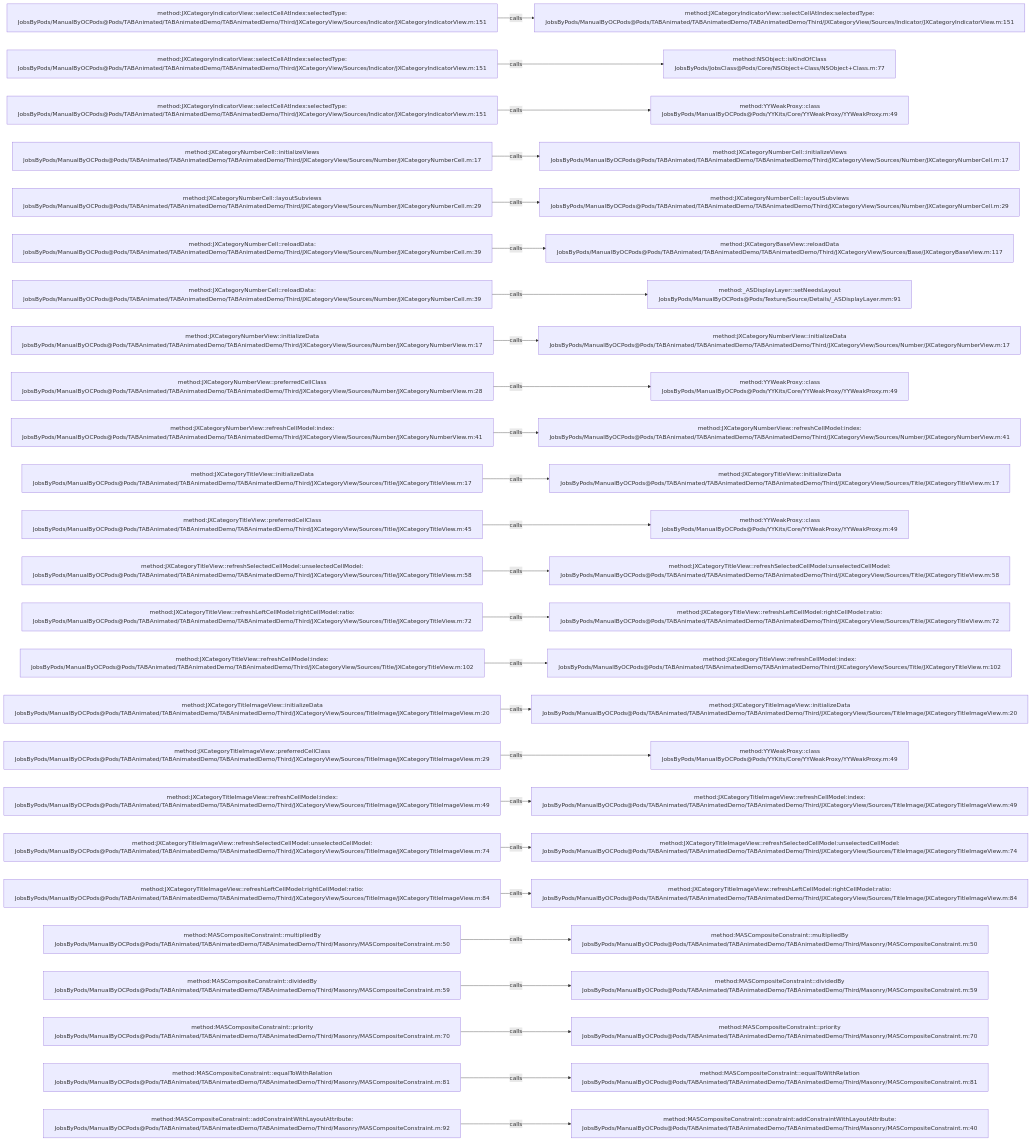
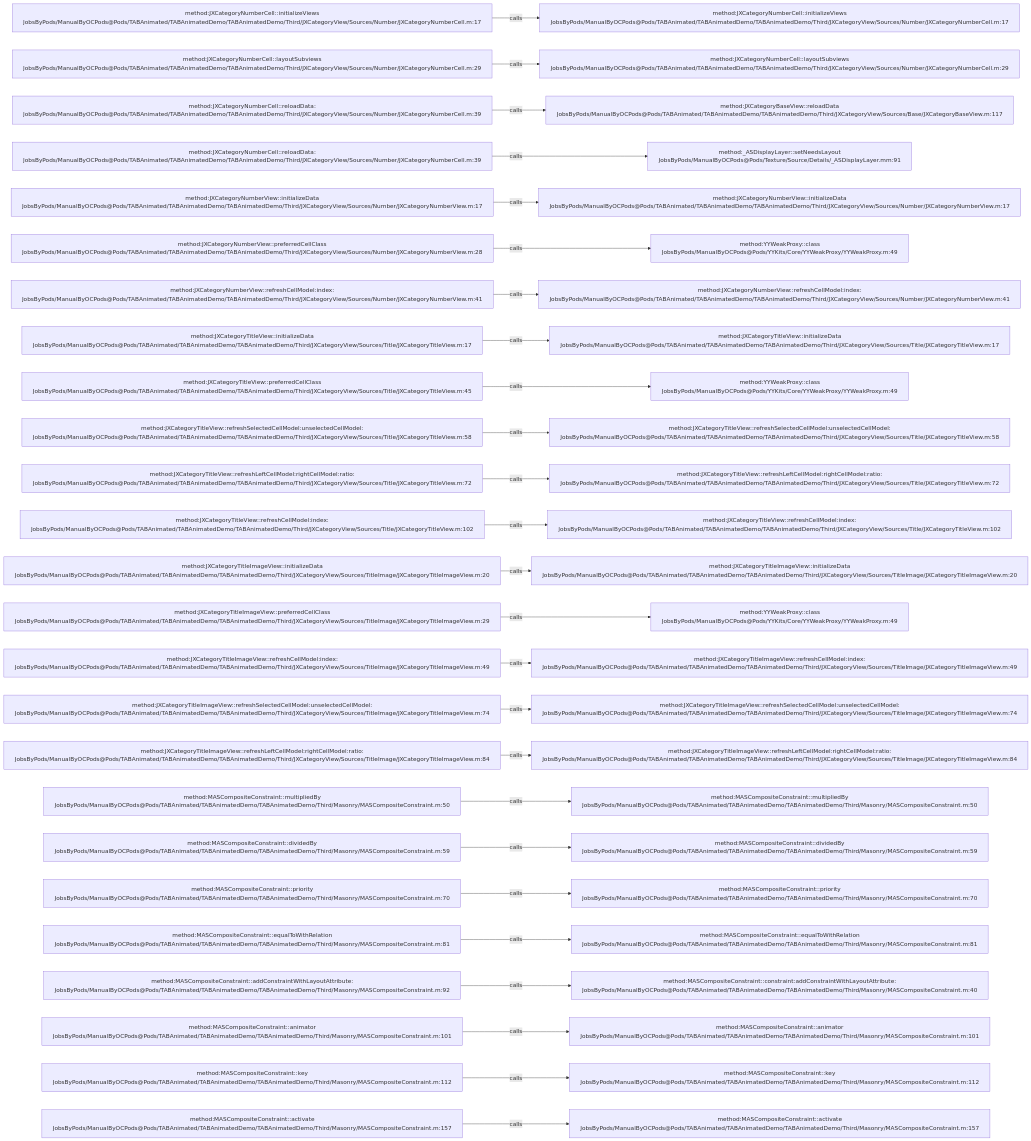
The diagram in .codegraph/codegraph.md/graphs/calls-045.md (JobsKits/JobsOCBaseConfigDemo), drawn with Mermaid before and after one commit. The commit also changed 342 other files, not shown here.

````diff
--- a/.codegraph/codegraph.md/graphs/calls-045.md
+++ b/.codegraph/codegraph.md/graphs/calls-045.md
@@ -13,78 +13,78 @@
 ```mermaid
 flowchart LR
-  S1["method:JXCategoryIndicatorView::selectCellAtIndex:selectedType:<br/>JobsByPods/ManualByOCPods@Pods/TABAnimated/TABAnimatedDemo/TABAnimatedDemo/Third/JXCategoryView/Sources/Indicator/JXCategoryIndicatorView.m:151"]
-  T1["method:JXCategoryIndicatorView::selectCellAtIndex:selectedType:<br/>JobsByPods/ManualByOCPods@Pods/TABAnimated/TABAnimatedDemo/TABAnimatedDemo/Third/JXCategoryView/Sources/Indicator/JXCategoryIndicatorView.m:151"]
+  S1["method:JXCategoryNumberCell::initializeViews<br/>JobsByPods/ManualByOCPods@Pods/TABAnimated/TABAnimatedDemo/TABAnimatedDemo/Third/JXCategoryView/Sources/Number/JXCategoryNumberCell.m:17"]
+  T1["method:JXCategoryNumberCell::initializeViews<br/>JobsByPods/ManualByOCPods@Pods/TABAnimated/TABAnimatedDemo/TABAnimatedDemo/Third/JXCategoryView/Sources/Number/JXCategoryNumberCell.m:17"]
   S1 -->|calls| T1
-  S2["method:JXCategoryIndicatorView::selectCellAtIndex:selectedType:<br/>JobsByPods/ManualByOCPods@Pods/TABAnimated/TABAnimatedDemo/TABAnimatedDemo/Third/JXCategoryView/Sources/Indicator/JXCategoryIndicatorView.m:151"]
-  T2["method:NSObject::isKindOfClass<br/>JobsByPods/JobsClass@Pods/Core/NSObject+Class/NSObject+Class.m:77"]
+  S2["method:JXCategoryNumberCell::layoutSubviews<br/>JobsByPods/ManualByOCPods@Pods/TABAnimated/TABAnimatedDemo/TABAnimatedDemo/Third/JXCategoryView/Sources/Number/JXCategoryNumberCell.m:29"]
+  T2["method:JXCategoryNumberCell::layoutSubviews<br/>JobsByPods/ManualByOCPods@Pods/TABAnimated/TABAnimatedDemo/TABAnimatedDemo/Third/JXCategoryView/Sources/Number/JXCategoryNumberCell.m:29"]
   S2 -->|calls| T2
-  S3["method:JXCategoryIndicatorView::selectCellAtIndex:selectedType:<br/>JobsByPods/ManualByOCPods@Pods/TABAnimated/TABAnimatedDemo/TABAnimatedDemo/Third/JXCategoryView/Sources/Indicator/JXCategoryIndicatorView.m:151"]
-  T3["method:YYWeakProxy::class<br/>JobsByPods/ManualByOCPods@Pods/YYKits/Core/YYWeakProxy/YYWeakProxy.m:49"]
+  S3["method:JXCategoryNumberCell::reloadData:<br/>JobsByPods/ManualByOCPods@Pods/TABAnimated/TABAnimatedDemo/TABAnimatedDemo/Third/JXCategoryView/Sources/Number/JXCategoryNumberCell.m:39"]
+  T3["method:JXCategoryBaseView::reloadData<br/>JobsByPods/ManualByOCPods@Pods/TABAnimated/TABAnimatedDemo/TABAnimatedDemo/Third/JXCategoryView/Sources/Base/JXCategoryBaseView.m:117"]
   S3 -->|calls| T3
-  S4["method:JXCategoryNumberCell::initializeViews<br/>JobsByPods/ManualByOCPods@Pods/TABAnimated/TABAnimatedDemo/TABAnimatedDemo/Third/JXCategoryView/Sources/Number/JXCategoryNumberCell.m:17"]
-  T4["method:JXCategoryNumberCell::initializeViews<br/>JobsByPods/ManualByOCPods@Pods/TABAnimated/TABAnimatedDemo/TABAnimatedDemo/Third/JXCategoryView/Sources/Number/JXCategoryNumberCell.m:17"]
+  S4["method:JXCategoryNumberCell::reloadData:<br/>JobsByPods/ManualByOCPods@Pods/TABAnimated/TABAnimatedDemo/TABAnimatedDemo/Third/JXCategoryView/Sources/Number/JXCategoryNumberCell.m:39"]
+  T4["method:_ASDisplayLayer::setNeedsLayout<br/>JobsByPods/ManualByOCPods@Pods/Texture/Source/Details/_ASDisplayLayer.mm:91"]
   S4 -->|calls| T4
-  S5["method:JXCategoryNumberCell::layoutSubviews<br/>JobsByPods/ManualByOCPods@Pods/TABAnimated/TABAnimatedDemo/TABAnimatedDemo/Third/JXCategoryView/Sources/Number/JXCategoryNumberCell.m:29"]
-  T5["method:JXCategoryNumberCell::layoutSubviews<br/>JobsByPods/ManualByOCPods@Pods/TABAnimated/TABAnimatedDemo/TABAnimatedDemo/Third/JXCategoryView/Sources/Number/JXCategoryNumberCell.m:29"]
+  S5["method:JXCategoryNumberView::initializeData<br/>JobsByPods/ManualByOCPods@Pods/TABAnimated/TABAnimatedDemo/TABAnimatedDemo/Third/JXCategoryView/Sources/Number/JXCategoryNumberView.m:17"]
+  T5["method:JXCategoryNumberView::initializeData<br/>JobsByPods/ManualByOCPods@Pods/TABAnimated/TABAnimatedDemo/TABAnimatedDemo/Third/JXCategoryView/Sources/Number/JXCategoryNumberView.m:17"]
   S5 -->|calls| T5
-  S6["method:JXCategoryNumberCell::reloadData:<br/>JobsByPods/ManualByOCPods@Pods/TABAnimated/TABAnimatedDemo/TABAnimatedDemo/Third/JXCategoryView/Sources/Number/JXCategoryNumberCell.m:39"]
-  T6["method:JXCategoryBaseView::reloadData<br/>JobsByPods/ManualByOCPods@Pods/TABAnimated/TABAnimatedDemo/TABAnimatedDemo/Third/JXCategoryView/Sources/Base/JXCategoryBaseView.m:117"]
+  S6["method:JXCategoryNumberView::preferredCellClass<br/>JobsByPods/ManualByOCPods@Pods/TABAnimated/TABAnimatedDemo/TABAnimatedDemo/Third/JXCategoryView/Sources/Number/JXCategoryNumberView.m:28"]
+  T6["method:YYWeakProxy::class<br/>JobsByPods/ManualByOCPods@Pods/YYKits/Core/YYWeakProxy/YYWeakProxy.m:49"]
   S6 -->|calls| T6
-  S7["method:JXCategoryNumberCell::reloadData:<br/>JobsByPods/ManualByOCPods@Pods/TABAnimated/TABAnimatedDemo/TABAnimatedDemo/Third/JXCategoryView/Sources/Number/JXCategoryNumberCell.m:39"]
-  T7["method:_ASDisplayLayer::setNeedsLayout<br/>JobsByPods/ManualByOCPods@Pods/Texture/Source/Details/_ASDisplayLayer.mm:91"]
+  S7["method:JXCategoryNumberView::refreshCellModel:index:<br/>JobsByPods/ManualByOCPods@Pods/TABAnimated/TABAnimatedDemo/TABAnimatedDemo/Third/JXCategoryView/Sources/Number/JXCategoryNumberView.m:41"]
+  T7["method:JXCategoryNumberView::refreshCellModel:index:<br/>JobsByPods/ManualByOCPods@Pods/TABAnimated/TABAnimatedDemo/TABAnimatedDemo/Third/JXCategoryView/Sources/Number/JXCategoryNumberView.m:41"]
   S7 -->|calls| T7
-  S8["method:JXCategoryNumberView::initializeData<br/>JobsByPods/ManualByOCPods@Pods/TABAnimated/TABAnimatedDemo/TABAnimatedDemo/Third/JXCategoryView/Sources/Number/JXCategoryNumberView.m:17"]
-  T8["method:JXCategoryNumberView::initializeData<br/>JobsByPods/ManualByOCPods@Pods/TABAnimated/TABAnimatedDemo/TABAnimatedDemo/Third/JXCategoryView/Sources/Number/JXCategoryNumberView.m:17"]
+  S8["method:JXCategoryTitleView::initializeData<br/>JobsByPods/ManualByOCPods@Pods/TABAnimated/TABAnimatedDemo/TABAnimatedDemo/Third/JXCategoryView/Sources/Title/JXCategoryTitleView.m:17"]
+  T8["method:JXCategoryTitleView::initializeData<br/>JobsByPods/ManualByOCPods@Pods/TABAnimated/TABAnimatedDemo/TABAnimatedDemo/Third/JXCategoryView/Sources/Title/JXCategoryTitleView.m:17"]
   S8 -->|calls| T8
-  S9["method:JXCategoryNumberView::preferredCellClass<br/>JobsByPods/ManualByOCPods@Pods/TABAnimated/TABAnimatedDemo/TABAnimatedDemo/Third/JXCategoryView/Sources/Number/JXCategoryNumberView.m:28"]
+  S9["method:JXCategoryTitleView::preferredCellClass<br/>JobsByPods/ManualByOCPods@Pods/TABAnimated/TABAnimatedDemo/TABAnimatedDemo/Third/JXCategoryView/Sources/Title/JXCategoryTitleView.m:45"]
   T9["method:YYWeakProxy::class<br/>JobsByPods/ManualByOCPods@Pods/YYKits/Core/YYWeakProxy/YYWeakProxy.m:49"]
   S9 -->|calls| T9
-  S10["method:JXCategoryNumberView::refreshCellModel:index:<br/>JobsByPods/ManualByOCPods@Pods/TABAnimated/TABAnimatedDemo/TABAnimatedDemo/Third/JXCategoryView/Sources/Number/JXCategoryNumberView.m:41"]
-  T10["method:JXCategoryNumberView::refreshCellModel:index:<br/>JobsByPods/ManualByOCPods@Pods/TABAnimated/TABAnimatedDemo/TABAnimatedDemo/Third/JXCategoryView/Sources/Number/JXCategoryNumberView.m:41"]
+  S10["method:JXCategoryTitleView::refreshSelectedCellModel:unselectedCellModel:<br/>JobsByPods/ManualByOCPods@Pods/TABAnimated/TABAnimatedDemo/TABAnimatedDemo/Third/JXCategoryView/Sources/Title/JXCategoryTitleView.m:58"]
+  T10["method:JXCategoryTitleView::refreshSelectedCellModel:unselectedCellModel:<br/>JobsByPods/ManualByOCPods@Pods/TABAnimated/TABAnimatedDemo/TABAnimatedDemo/Third/JXCategoryView/Sources/Title/JXCategoryTitleView.m:58"]
   S10 -->|calls| T10
-  S11["method:JXCategoryTitleView::initializeData<br/>JobsByPods/ManualByOCPods@Pods/TABAnimated/TABAnimatedDemo/TABAnimatedDemo/Third/JXCategoryView/Sources/Title/JXCategoryTitleView.m:17"]
-  T11["method:JXCategoryTitleView::initializeData<br/>JobsByPods/ManualByOCPods@Pods/TABAnimated/TABAnimatedDemo/TABAnimatedDemo/Third/JXCategoryView/Sources/Title/JXCategoryTitleView.m:17"]
+  S11["method:JXCategoryTitleView::refreshLeftCellModel:rightCellModel:ratio:<br/>JobsByPods/ManualByOCPods@Pods/TABAnimated/TABAnimatedDemo/TABAnimatedDemo/Third/JXCategoryView/Sources/Title/JXCategoryTitleView.m:72"]
+  T11["method:JXCategoryTitleView::refreshLeftCellModel:rightCellModel:ratio:<br/>JobsByPods/ManualByOCPods@Pods/TABAnimated/TABAnimatedDemo/TABAnimatedDemo/Third/JXCategoryView/Sources/Title/JXCategoryTitleView.m:72"]
   S11 -->|calls| T11
-  S12["method:JXCategoryTitleView::preferredCellClass<br/>JobsByPods/ManualByOCPods@Pods/TABAnimated/TABAnimatedDemo/TABAnimatedDemo/Third/JXCategoryView/Sources/Title/JXCategoryTitleView.m:45"]
-  T12["method:YYWeakProxy::class<br/>JobsByPods/ManualByOCPods@Pods/YYKits/Core/YYWeakProxy/YYWeakProxy.m:49"]
+  S12["method:JXCategoryTitleView::refreshCellModel:index:<br/>JobsByPods/ManualByOCPods@Pods/TABAnimated/TABAnimatedDemo/TABAnimatedDemo/Third/JXCategoryView/Sources/Title/JXCategoryTitleView.m:102"]
+  T12["method:JXCategoryTitleView::refreshCellModel:index:<br/>JobsByPods/ManualByOCPods@Pods/TABAnimated/TABAnimatedDemo/TABAnimatedDemo/Third/JXCategoryView/Sources/Title/JXCategoryTitleView.m:102"]
   S12 -->|calls| T12
-  S13["method:JXCategoryTitleView::refreshSelectedCellModel:unselectedCellModel:<br/>JobsByPods/ManualByOCPods@Pods/TABAnimated/TABAnimatedDemo/TABAnimatedDemo/Third/JXCategoryView/Sources/Title/JXCategoryTitleView.m:58"]
-  T13["method:JXCategoryTitleView::refreshSelectedCellModel:unselectedCellModel:<br/>JobsByPods/ManualByOCPods@Pods/TABAnimated/TABAnimatedDemo/TABAnimatedDemo/Third/JXCategoryView/Sources/Title/JXCategoryTitleView.m:58"]
+  S13["method:JXCategoryTitleImageView::initializeData<br/>JobsByPods/ManualByOCPods@Pods/TABAnimated/TABAnimatedDemo/TABAnimatedDemo/Third/JXCategoryView/Sources/TitleImage/JXCategoryTitleImageView.m:20"]
+  T13["method:JXCategoryTitleImageView::initializeData<br/>JobsByPods/ManualByOCPods@Pods/TABAnimated/TABAnimatedDemo/TABAnimatedDemo/Third/JXCategoryView/Sources/TitleImage/JXCategoryTitleImageView.m:20"]
   S13 -->|calls| T13
-  S14["method:JXCategoryTitleView::refreshLeftCellModel:rightCellModel:ratio:<br/>JobsByPods/ManualByOCPods@Pods/TABAnimated/TABAnimatedDemo/TABAnimatedDemo/Third/JXCategoryView/Sources/Title/JXCategoryTitleView.m:72"]
-  T14["method:JXCategoryTitleView::refreshLeftCellModel:rightCellModel:ratio:<br/>JobsByPods/ManualByOCPods@Pods/TABAnimated/TABAnimatedDemo/TABAnimatedDemo/Third/JXCategoryView/Sources/Title/JXCategoryTitleView.m:72"]
+  S14["method:JXCategoryTitleImageView::preferredCellClass<br/>JobsByPods/ManualByOCPods@Pods/TABAnimated/TABAnimatedDemo/TABAnimatedDemo/Third/JXCategoryView/Sources/TitleImage/JXCategoryTitleImageView.m:29"]
+  T14["method:YYWeakProxy::class<br/>JobsByPods/ManualByOCPods@Pods/YYKits/Core/YYWeakProxy/YYWeakProxy.m:49"]
   S14 -->|calls| T14
-  S15["method:JXCategoryTitleView::refreshCellModel:index:<br/>JobsByPods/ManualByOCPods@Pods/TABAnimated/TABAnimatedDemo/TABAnimatedDemo/Third/JXCategoryView/Sources/Title/JXCategoryTitleView.m:102"]
-  T15["method:JXCategoryTitleView::refreshCellModel:index:<br/>JobsByPods/ManualByOCPods@Pods/TABAnimated/TABAnimatedDemo/TABAnimatedDemo/Third/JXCategoryView/Sources/Title/JXCategoryTitleView.m:102"]
+  S15["method:JXCategoryTitleImageView::refreshCellModel:index:<br/>JobsByPods/ManualByOCPods@Pods/TABAnimated/TABAnimatedDemo/TABAnimatedDemo/Third/JXCategoryView/Sources/TitleImage/JXCategoryTitleImageView.m:49"]
+  T15["method:JXCategoryTitleImageView::refreshCellModel:index:<br/>JobsByPods/ManualByOCPods@Pods/TABAnimated/TABAnimatedDemo/TABAnimatedDemo/Third/JXCategoryView/Sources/TitleImage/JXCategoryTitleImageView.m:49"]
   S15 -->|calls| T15
-  S16["method:JXCategoryTitleImageView::initializeData<br/>JobsByPods/ManualByOCPods@Pods/TABAnimated/TABAnimatedDemo/TABAnimatedDemo/Third/JXCategoryView/Sources/TitleImage/JXCategoryTitleImageView.m:20"]
-  T16["method:JXCategoryTitleImageView::initializeData<br/>JobsByPods/ManualByOCPods@Pods/TABAnimated/TABAnimatedDemo/TABAnimatedDemo/Third/JXCategoryView/Sources/TitleImage/JXCategoryTitleImageView.m:20"]
+  S16["method:JXCategoryTitleImageView::refreshSelectedCellModel:unselectedCellModel:<br/>JobsByPods/ManualByOCPods@Pods/TABAnimated/TABAnimatedDemo/TABAnimatedDemo/Third/JXCategoryView/Sources/TitleImage/JXCategoryTitleImageView.m:74"]
+  T16["method:JXCategoryTitleImageView::refreshSelectedCellModel:unselectedCellModel:<br/>JobsByPods/ManualByOCPods@Pods/TABAnimated/TABAnimatedDemo/TABAnimatedDemo/Third/JXCategoryView/Sources/TitleImage/JXCategoryTitleImageView.m:74"]
   S16 -->|calls| T16
-  S17["method:JXCategoryTitleImageView::preferredCellClass<br/>JobsByPods/ManualByOCPods@Pods/TABAnimated/TABAnimatedDemo/TABAnimatedDemo/Third/JXCategoryView/Sources/TitleImage/JXCategoryTitleImageView.m:29"]
-  T17["method:YYWeakProxy::class<br/>JobsByPods/ManualByOCPods@Pods/YYKits/Core/YYWeakProxy/YYWeakProxy.m:49"]
+  S17["method:JXCategoryTitleImageView::refreshLeftCellModel:rightCellModel:ratio:<br/>JobsByPods/ManualByOCPods@Pods/TABAnimated/TABAnimatedDemo/TABAnimatedDemo/Third/JXCategoryView/Sources/TitleImage/JXCategoryTitleImageView.m:84"]
+  T17["method:JXCategoryTitleImageView::refreshLeftCellModel:rightCellModel:ratio:<br/>JobsByPods/ManualByOCPods@Pods/TABAnimated/TABAnimatedDemo/TABAnimatedDemo/Third/JXCategoryView/Sources/TitleImage/JXCategoryTitleImageView.m:84"]
   S17 -->|calls| T17
-  S18["method:JXCategoryTitleImageView::refreshCellModel:index:<br/>JobsByPods/ManualByOCPods@Pods/TABAnimated/TABAnimatedDemo/TABAnimatedDemo/Third/JXCategoryView/Sources/TitleImage/JXCategoryTitleImageView.m:49"]
-  T18["method:JXCategoryTitleImageView::refreshCellModel:index:<br/>JobsByPods/ManualByOCPods@Pods/TABAnimated/TABAnimatedDemo/TABAnimatedDemo/Third/JXCategoryView/Sources/TitleImage/JXCategoryTitleImageView.m:49"]
+  S18["method:MASCompositeConstraint::multipliedBy<br/>JobsByPods/ManualByOCPods@Pods/TABAnimated/TABAnimatedDemo/TABAnimatedDemo/Third/Masonry/MASCompositeConstraint.m:50"]
+  T18["method:MASCompositeConstraint::multipliedBy<br/>JobsByPods/ManualByOCPods@Pods/TABAnimated/TABAnimatedDemo/TABAnimatedDemo/Third/Masonry/MASCompositeConstraint.m:50"]
   S18 -->|calls| T18
-  S19["method:JXCategoryTitleImageView::refreshSelectedCellModel:unselectedCellModel:<br/>JobsByPods/ManualByOCPods@Pods/TABAnimated/TABAnimatedDemo/TABAnimatedDemo/Third/JXCategoryView/Sources/TitleImage/JXCategoryTitleImageView.m:74"]
-  T19["method:JXCategoryTitleImageView::refreshSelectedCellModel:unselectedCellModel:<br/>JobsByPods/ManualByOCPods@Pods/TABAnimated/TABAnimatedDemo/TABAnimatedDemo/Third/JXCategoryView/Sources/TitleImage/JXCategoryTitleImageView.m:74"]
+  S19["method:MASCompositeConstraint::dividedBy<br/>JobsByPods/ManualByOCPods@Pods/TABAnimated/TABAnimatedDemo/TABAnimatedDemo/Third/Masonry/MASCompositeConstraint.m:59"]
+  T19["method:MASCompositeConstraint::dividedBy<br/>JobsByPods/ManualByOCPods@Pods/TABAnimated/TABAnimatedDemo/TABAnimatedDemo/Third/Masonry/MASCompositeConstraint.m:59"]
   S19 -->|calls| T19
-  S20["method:JXCategoryTitleImageView::refreshLeftCellModel:rightCellModel:ratio:<br/>JobsByPods/ManualByOCPods@Pods/TABAnimated/TABAnimatedDemo/TABAnimatedDemo/Third/JXCategoryView/Sources/TitleImage/JXCategoryTitleImageView.m:84"]
-  T20["method:JXCategoryTitleImageView::refreshLeftCellModel:rightCellModel:ratio:<br/>JobsByPods/ManualByOCPods@Pods/TABAnimated/TABAnimatedDemo/TABAnimatedDemo/Third/JXCategoryView/Sources/TitleImage/JXCategoryTitleImageView.m:84"]
+  S20["method:MASCompositeConstraint::priority<br/>JobsByPods/ManualByOCPods@Pods/TABAnimated/TABAnimatedDemo/TABAnimatedDemo/Third/Masonry/MASCompositeConstraint.m:70"]
+  T20["method:MASCompositeConstraint::priority<br/>JobsByPods/ManualByOCPods@Pods/TABAnimated/TABAnimatedDemo/TABAnimatedDemo/Third/Masonry/MASCompositeConstraint.m:70"]
   S20 -->|calls| T20
-  S21["method:MASCompositeConstraint::multipliedBy<br/>JobsByPods/ManualByOCPods@Pods/TABAnimated/TABAnimatedDemo/TABAnimatedDemo/Third/Masonry/MASCompositeConstraint.m:50"]
-  T21["method:MASCompositeConstraint::multipliedBy<br/>JobsByPods/ManualByOCPods@Pods/TABAnimated/TABAnimatedDemo/TABAnimatedDemo/Third/Masonry/MASCompositeConstraint.m:50"]
+  S21["method:MASCompositeConstraint::equalToWithRelation<br/>JobsByPods/ManualByOCPods@Pods/TABAnimated/TABAnimatedDemo/TABAnimatedDemo/Third/Masonry/MASCompositeConstraint.m:81"]
+  T21["method:MASCompositeConstraint::equalToWithRelation<br/>JobsByPods/ManualByOCPods@Pods/TABAnimated/TABAnimatedDemo/TABAnimatedDemo/Third/Masonry/MASCompositeConstraint.m:81"]
   S21 -->|calls| T21
-  S22["method:MASCompositeConstraint::dividedBy<br/>JobsByPods/ManualByOCPods@Pods/TABAnimated/TABAnimatedDemo/TABAnimatedDemo/Third/Masonry/MASCompositeConstraint.m:59"]
-  T22["method:MASCompositeConstraint::dividedBy<br/>JobsByPods/ManualByOCPods@Pods/TABAnimated/TABAnimatedDemo/TABAnimatedDemo/Third/Masonry/MASCompositeConstraint.m:59"]
+  S22["method:MASCompositeConstraint::addConstraintWithLayoutAttribute:<br/>JobsByPods/ManualByOCPods@Pods/TABAnimated/TABAnimatedDemo/TABAnimatedDemo/Third/Masonry/MASCompositeConstraint.m:92"]
+  T22["method:MASCompositeConstraint::constraint:addConstraintWithLayoutAttribute:<br/>JobsByPods/ManualByOCPods@Pods/TABAnimated/TABAnimatedDemo/TABAnimatedDemo/Third/Masonry/MASCompositeConstraint.m:40"]
   S22 -->|calls| T22
-  S23["method:MASCompositeConstraint::priority<br/>JobsByPods/ManualByOCPods@Pods/TABAnimated/TABAnimatedDemo/TABAnimatedDemo/Third/Masonry/MASCompositeConstraint.m:70"]
-  T23["method:MASCompositeConstraint::priority<br/>JobsByPods/ManualByOCPods@Pods/TABAnimated/TABAnimatedDemo/TABAnimatedDemo/Third/Masonry/MASCompositeConstraint.m:70"]
+  S23["method:MASCompositeConstraint::animator<br/>JobsByPods/ManualByOCPods@Pods/TABAnimated/TABAnimatedDemo/TABAnimatedDemo/Third/Masonry/MASCompositeConstraint.m:101"]
+  T23["method:MASCompositeConstraint::animator<br/>JobsByPods/ManualByOCPods@Pods/TABAnimated/TABAnimatedDemo/TABAnimatedDemo/Third/Masonry/MASCompositeConstraint.m:101"]
   S23 -->|calls| T23
-  S24["method:MASCompositeConstraint::equalToWithRelation<br/>JobsByPods/ManualByOCPods@Pods/TABAnimated/TABAnimatedDemo/TABAnimatedDemo/Third/Masonry/MASCompositeConstraint.m:81"]
-  T24["method:MASCompositeConstraint::equalToWithRelation<br/>JobsByPods/ManualByOCPods@Pods/TABAnimated/TABAnimatedDemo/TABAnimatedDemo/Third/Masonry/MASCompositeConstraint.m:81"]
+  S24["method:MASCompositeConstraint::key<br/>JobsByPods/ManualByOCPods@Pods/TABAnimated/TABAnimatedDemo/TABAnimatedDemo/Third/Masonry/MASCompositeConstraint.m:112"]
+  T24["method:MASCompositeConstraint::key<br/>JobsByPods/ManualByOCPods@Pods/TABAnimated/TABAnimatedDemo/TABAnimatedDemo/Third/Masonry/MASCompositeConstraint.m:112"]
   S24 -->|calls| T24
-  S25["method:MASCompositeConstraint::addConstraintWithLayoutAttribute:<br/>JobsByPods/ManualByOCPods@Pods/TABAnimated/TABAnimatedDemo/TABAnimatedDemo/Third/Masonry/MASCompositeConstraint.m:92"]
-  T25["method:MASCompositeConstraint::constraint:addConstraintWithLayoutAttribute:<br/>JobsByPods/ManualByOCPods@Pods/TABAnimated/TABAnimatedDemo/TABAnimatedDemo/Third/Masonry/MASCompositeConstraint.m:40"]
+  S25["method:MASCompositeConstraint::activate<br/>JobsByPods/ManualByOCPods@Pods/TABAnimated/TABAnimatedDemo/TABAnimatedDemo/Third/Masonry/MASCompositeConstraint.m:157"]
+  T25["method:MASCompositeConstraint::activate<br/>JobsByPods/ManualByOCPods@Pods/TABAnimated/TABAnimatedDemo/TABAnimatedDemo/Third/Masonry/MASCompositeConstraint.m:157"]
   S25 -->|calls| T25
 ```
````
